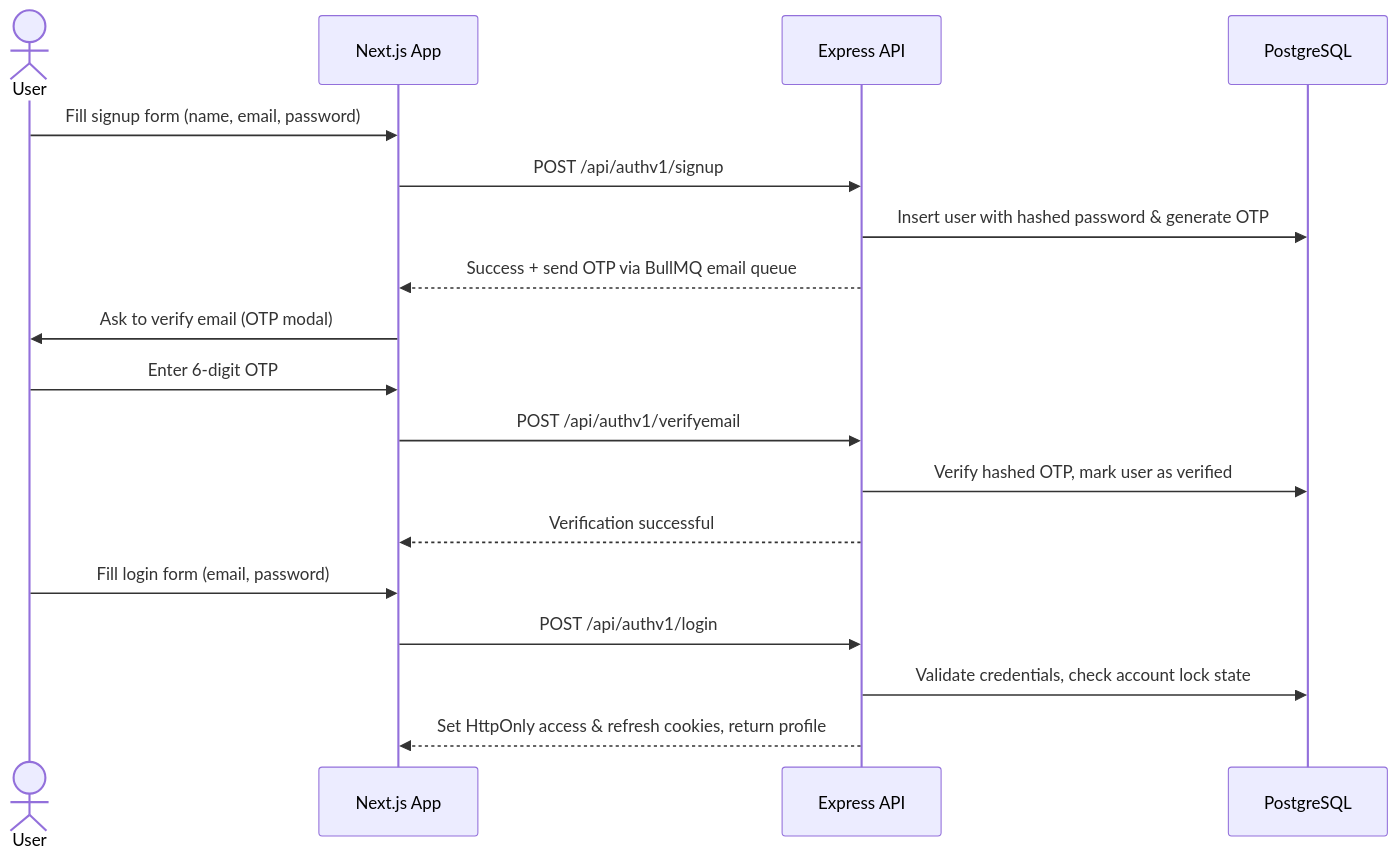
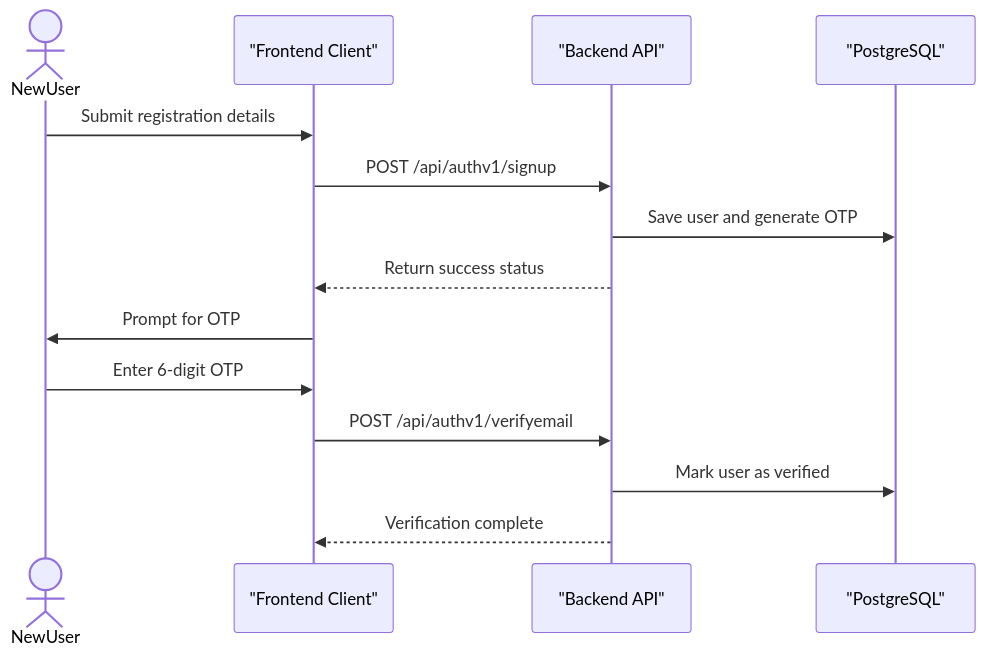
One commit to skido600/ReadNest changed the second of 3 diagrams in README.md. Above: the diagram before and after it, drawn with Mermaid. The commit also changed other lines of this file and 64 other files, not shown here.

````diff
--- a/README.md
+++ b/README.md
@@ -47,22 +40,17 @@
 ```mermaid
 sequenceDiagram
-    actor User
-    participant Client as Next.js App
-    participant Server as Express API
-    participant DB as PostgreSQL
+  actor NewUser
+  participant WebClient as "Frontend Client"
+  participant APIServer as "Backend API"
+  participant DB as "PostgreSQL"
 
-    User->>Client: Fill signup form (name, email, password)
-    Client->>Server: POST /api/authv1/signup
-    Server->>DB: Insert user with hashed password & generate OTP
-    Server-->>Client: Success + send OTP via BullMQ email queue
-    Client->>User: Ask to verify email (OTP modal)
-    User->>Client: Enter 6‑digit OTP
-    Client->>Server: POST /api/authv1/verifyemail
-    Server->>DB: Verify hashed OTP, mark user as verified
-    Server-->>Client: Verification successful
-
-    User->>Client: Fill login form (email, password)
-    Client->>Server: POST /api/authv1/login
-    Server->>DB: Validate credentials, check account lock state
-    Server-->>Client: Set HttpOnly access & refresh cookies, return profile
+  NewUser->>WebClient: Submit registration details
+  WebClient->>APIServer: POST /api/authv1/signup
+  APIServer->>DB: Save user and generate OTP
+  APIServer-->>WebClient: Return success status
+  WebClient->>NewUser: Prompt for OTP
+  NewUser->>WebClient: Enter 6-digit OTP
+  WebClient->>APIServer: POST /api/authv1/verifyemail
+  APIServer->>DB: Mark user as verified
+  APIServer-->>WebClient: Verification complete
 ```
````
